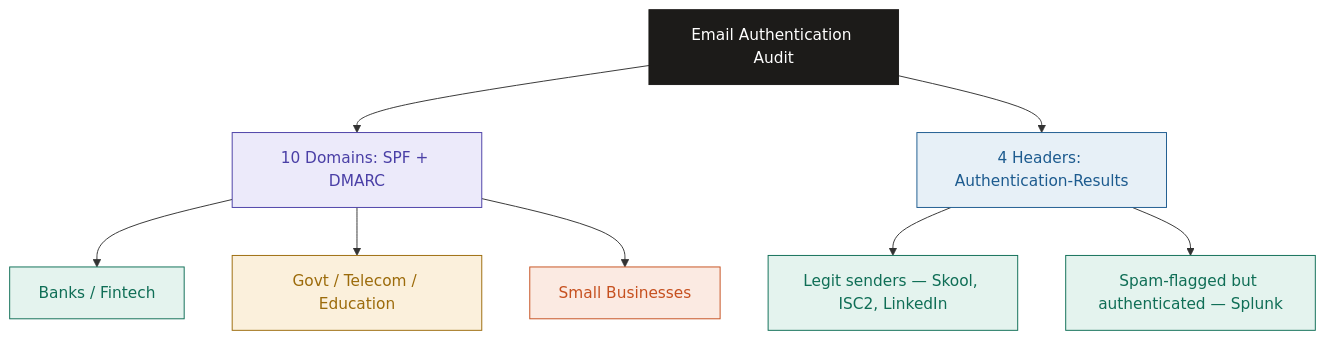
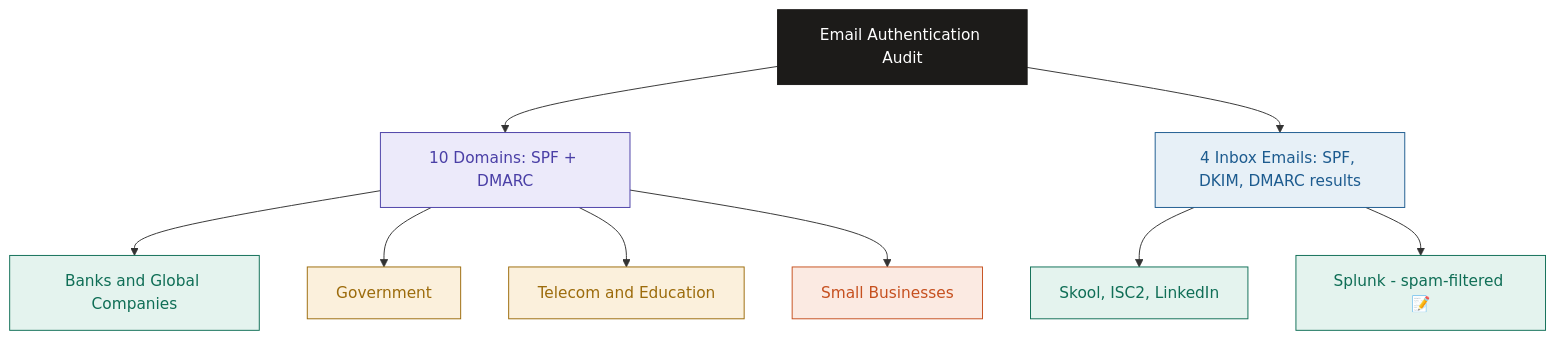
The first of 4 diagrams in project-3-live-email-security-audit/README.md (malaika-azhar/Real-World-Tier2-Support-Projects), drawn with Mermaid before and after one commit. The commit also changed other lines of this file, not shown here.

````diff
--- a/project-3-live-email-security-audit/README.md
+++ b/project-3-live-email-security-audit/README.md
@@ -62,20 +66,21 @@
 ```mermaid
 flowchart TD
     R[Email Authentication Audit]:::root --> D1[10 Domains: SPF + DMARC]:::d1
-    R --> D2[4 Headers: Authentication-Results]:::d2
+    R --> D2[4 Inbox Emails: SPF, DKIM, DMARC results]:::d2
 
-    D1 --> C1[Banks / Fintech]:::strong
-    D1 --> C2[Govt / Telecom / Education]:::moderate
-    D1 --> C3[Small Businesses]:::weak
+    D1 --> C1[Banks and Global Companies]:::strong
+    D1 --> C2[Government]:::moderate
+    D1 --> C3[Telecom and Education]:::moderate
+    D1 --> C4[Small Businesses]:::weak
 
-    D2 --> H1[Legit senders — Skool, ISC2, LinkedIn]:::pass
-    D2 --> H2[Spam-flagged but authenticated — Splunk]:::pass
+    D2 --> H1[Skool, ISC2, LinkedIn]:::pass
+    D2 --> H2[Splunk - spam-filtered 📝]:::pass
 
     classDef root fill:#1C1B19,stroke:#1C1B19,color:#fff
     classDef strong fill:#E4F3EE,stroke:#0F6E56,color:#0F6E56
     classDef moderate fill:#FBF0DC,stroke:#9C6B0B,color:#9C6B0B
     classDef weak fill:#FBEAE2,stroke:#C6501F,color:#C6501F
     classDef d1 fill:#ECEAFA,stroke:#4A3FA6,color:#4A3FA6
     classDef d2 fill:#E7F0F7,stroke:#1D5B8F,color:#1D5B8F
     classDef pass fill:#E4F3EE,stroke:#0F6E56,color:#0F6E56
 ```
````
